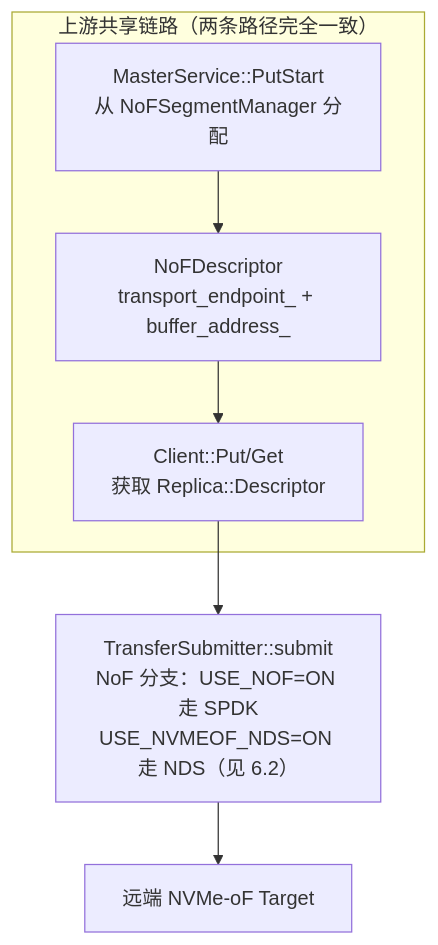
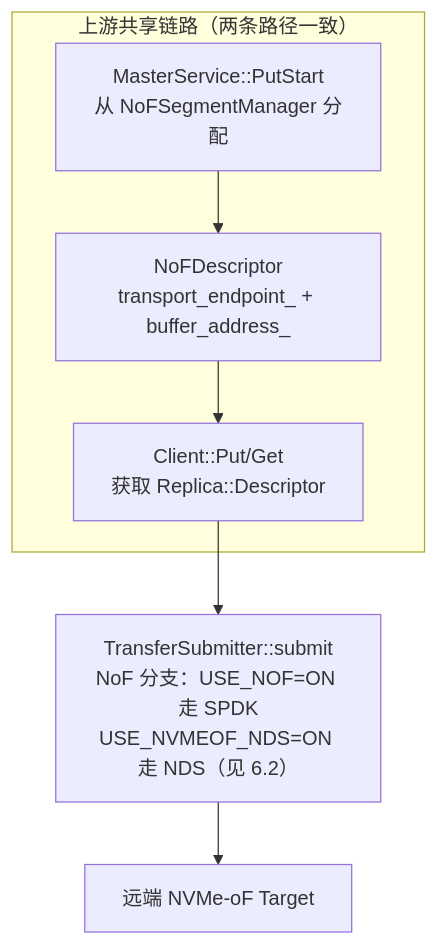
One commit to yz53665/Mooncake changed diagram 12 of 17 in docs/rfc-nds-nvmeof-transport-cn.md. Above: the diagram before and after it, drawn with Mermaid. The commit also changed other lines of this file, not shown here.

````diff
--- a/docs/rfc-nds-nvmeof-transport-cn.md
+++ b/docs/rfc-nds-nvmeof-transport-cn.md
@@ -508,12 +509,12 @@
 ```mermaid
 graph TB
-    subgraph Shared["上游共享链路（两条路径完全一致）"]
+    subgraph Shared["上游共享链路（两条路径一致）"]
         MASTER[MasterService::PutStart<br/>从 NoFSegmentManager 分配]
         DESC[NoFDescriptor<br/>transport_endpoint_ + buffer_address_]
         CLIENT[Client::Put/Get<br/>获取 Replica::Descriptor]
         MASTER --> DESC --> CLIENT
     end
 
     CLIENT --> TS[TransferSubmitter::submit<br/>NoF 分支：USE_NOF=ON 走 SPDK<br/>USE_NVMEOF_NDS=ON 走 NDS（见 6.2）]
     TS --> TARGET[远端 NVMe-oF Target]
 ```
````
